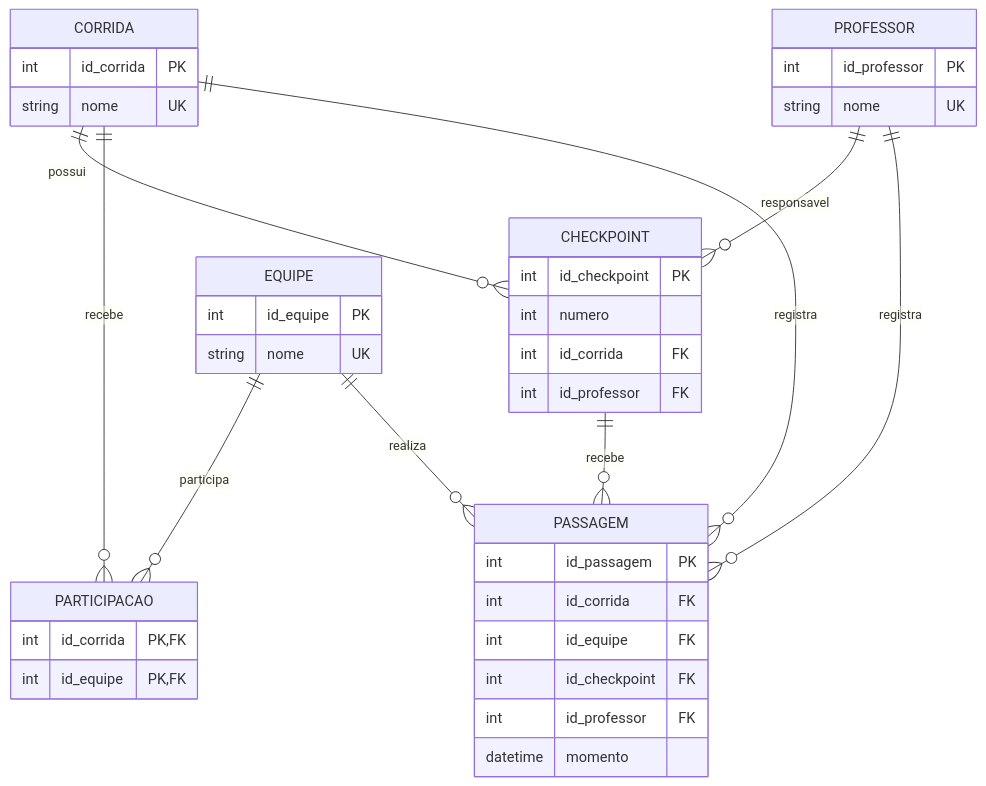
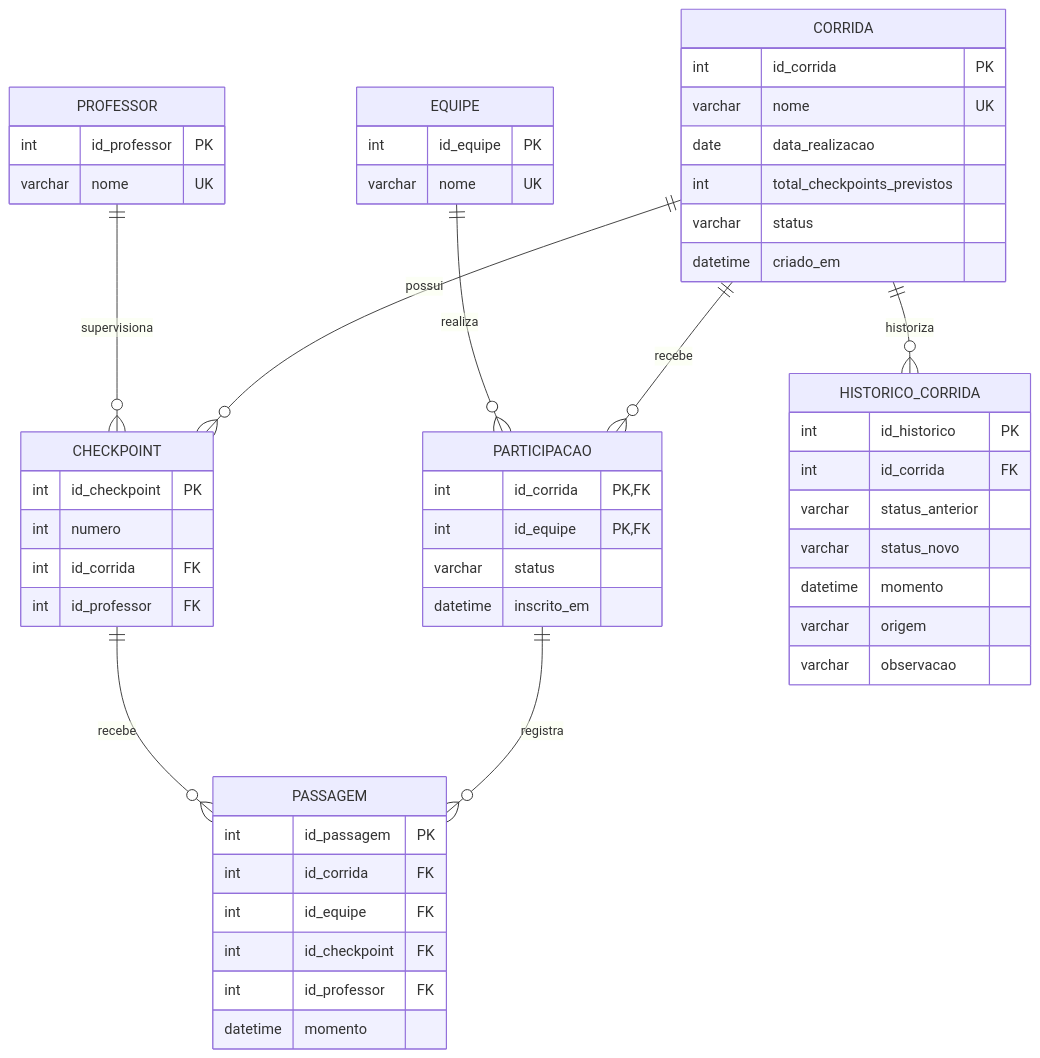
Before and after one commit to pdrjul1o/CheckpointsTrekking: the diagram in README.md, drawn with Mermaid. The commit also changed other lines of this file, not shown here.

````diff
--- a/README.md
+++ b/README.md
@@ -102,48 +38,56 @@
 ```mermaid
 erDiagram
-
     CORRIDA ||--o{ CHECKPOINT : possui
-    PROFESSOR ||--o{ CHECKPOINT : responsavel
+    PROFESSOR ||--o{ CHECKPOINT : supervisiona
     CORRIDA ||--o{ PARTICIPACAO : recebe
-    EQUIPE ||--o{ PARTICIPACAO : participa
-    CORRIDA ||--o{ PASSAGEM : registra
-    EQUIPE ||--o{ PASSAGEM : realiza
+    EQUIPE ||--o{ PARTICIPACAO : realiza
+    PARTICIPACAO ||--o{ PASSAGEM : registra
     CHECKPOINT ||--o{ PASSAGEM : recebe
-    PROFESSOR ||--o{ PASSAGEM : registra
+    CORRIDA ||--o{ HISTORICO_CORRIDA : historiza
 
     CORRIDA {
         int id_corrida PK
-        string nome UK
+        varchar nome UK
+        date data_realizacao
+        int total_checkpoints_previstos
+        varchar status
+        datetime criado_em
     }
-
     EQUIPE {
         int id_equipe PK
-        string nome UK
+        varchar nome UK
     }
-
     PROFESSOR {
         int id_professor PK
-        string nome UK
+        varchar nome UK
     }
-
     CHECKPOINT {
         int id_checkpoint PK
         int numero
         int id_corrida FK
         int id_professor FK
     }
-
     PARTICIPACAO {
-        int id_corrida PK, FK
-        int id_equipe PK, FK
+        int id_corrida PK,FK
+        int id_equipe PK,FK
+        varchar status
+        datetime inscrito_em
     }
-
     PASSAGEM {
         int id_passagem PK
         int id_corrida FK
         int id_equipe FK
         int id_checkpoint FK
         int id_professor FK
         datetime momento
     }
+    HISTORICO_CORRIDA {
+        int id_historico PK
+        int id_corrida FK
+        varchar status_anterior
+        varchar status_novo
+        datetime momento
+        varchar origem
+        varchar observacao
+    }
 ```
````
